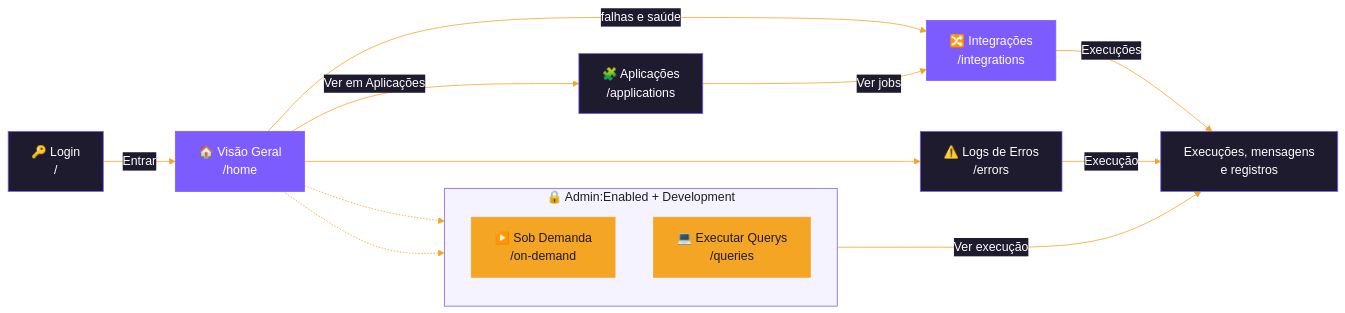
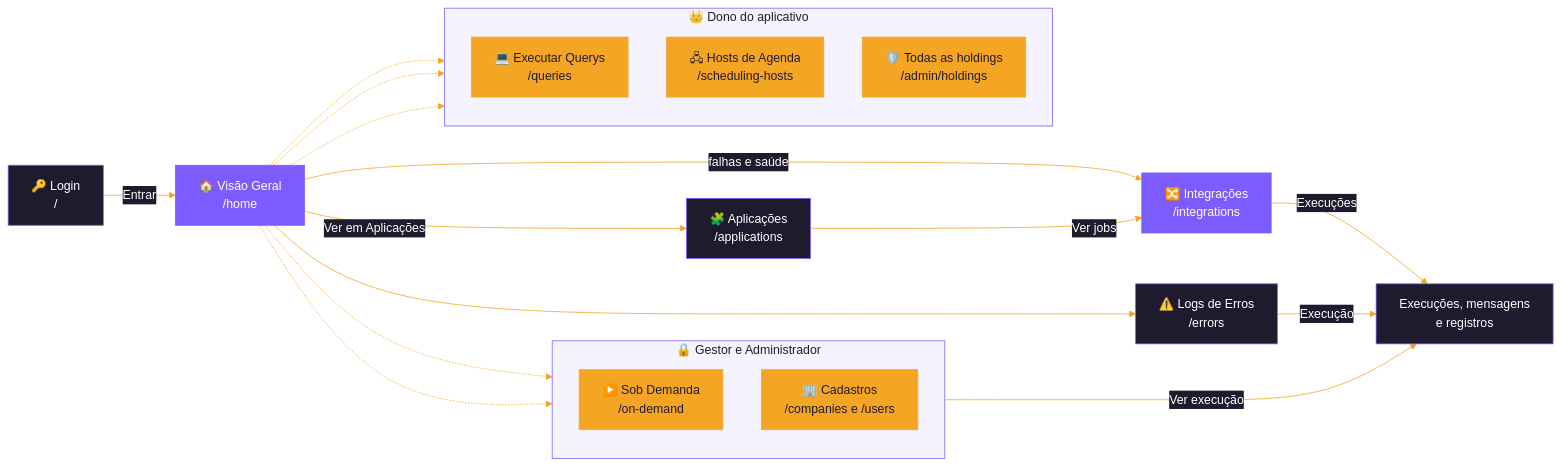
The second of 6 diagrams in src/Frontend/WebApp/README.md (cayo-kume/extract-transform-load-integrations-system), drawn with Mermaid before and after one commit. The commit also changed other lines of this file and 35 other files, not shown here.

First line of the commit message:
WebApp: perfis de acesso, dono do aplicativo e visão por empresa

````diff
--- a/src/Frontend/WebApp/README.md
+++ b/src/Frontend/WebApp/README.md
@@ -153,26 +154,36 @@
 ```mermaid
 %%{init: {'theme':'base','themeVariables':{'primaryColor':'#1e1b2e','primaryTextColor':'#ffffff','primaryBorderColor':'#7c5cff','lineColor':'#f5a524','textColor':'#1e1b2e','clusterBkg':'#f5f3ff','clusterBorder':'#7c5cff','titleColor':'#1e1b2e','edgeLabelBackground':'#1e1b2e'}}}%%
 flowchart LR
     LOGIN["🔑 Login<br/>/"] -- "Entrar" --> HOME["🏠 Visão Geral<br/>/home"]
     HOME -- "Ver em Aplicações" --> APPS["🧩 Aplicações<br/>/applications"]
     HOME -- "falhas e saúde" --> INT["🔀 Integrações<br/>/integrations"]
     APPS -- "Ver jobs" --> INT
     INT -- "Execuções" --> EXEC["Execuções, mensagens<br/>e registros"]
     ERR["⚠️ Logs de Erros<br/>/errors"] -- "Execução" --> EXEC
     HOME --> ERR
 
-    subgraph ADMIN["🔒 Admin:Enabled + Development"]
+    subgraph MANAGER["🔒 Gestor e Administrador"]
         direction TB
         OND["▶️ Sob Demanda<br/>/on-demand"]
+        CAD["🏢 Cadastros<br/>/companies e /users"]
+    end
+
+    subgraph OWNER["👑 Dono do aplicativo"]
+        direction TB
         QRY["💻 Executar Querys<br/>/queries"]
+        HOSTS["🖧 Hosts de Agenda<br/>/scheduling-hosts"]
+        ALL["🛡️ Todas as holdings<br/>/admin/holdings"]
     end
 
     HOME -.-> OND
+    HOME -.-> CAD
     HOME -.-> QRY
+    HOME -.-> HOSTS
+    HOME -.-> ALL
     OND -- "Ver execução" --> EXEC
 
     classDef accent fill:#7c5cff,stroke:#7c5cff,color:#ffffff
     classDef warm fill:#f5a524,stroke:#f5a524,color:#1e1b2e
     class HOME,INT accent
-    class OND,QRY warm
+    class OND,CAD,QRY,HOSTS,ALL warm
 ```
````
